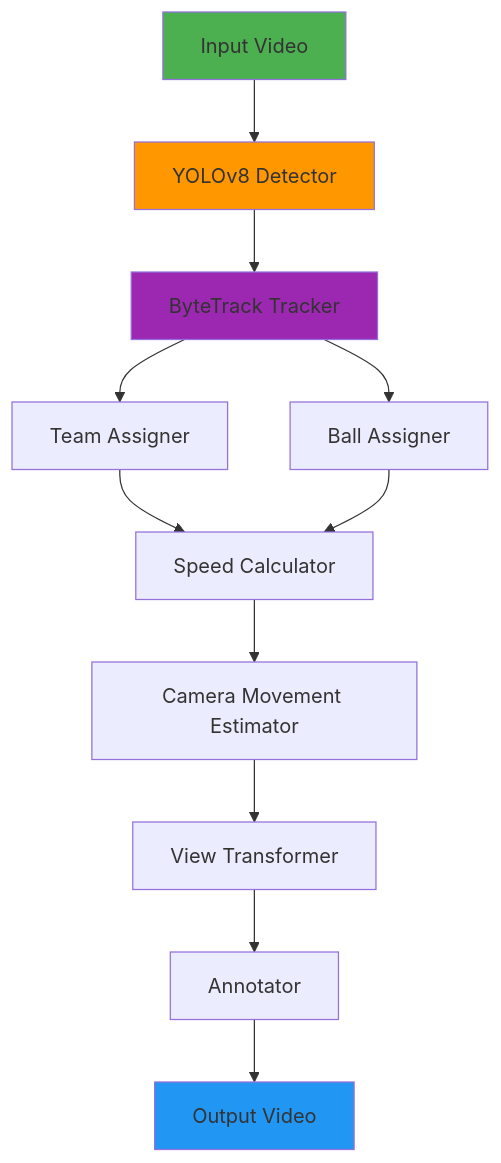
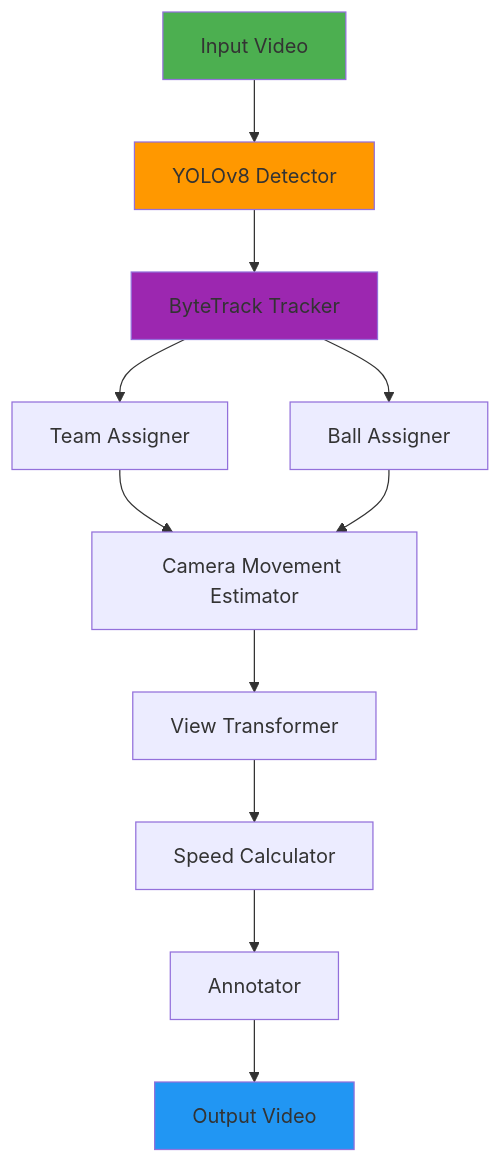
One commit to nexxusMostaFA/Football-analysis-YOLO-tracker changed the diagram in README.md. Above: the diagram before and after it, drawn with Mermaid. The commit also changed other lines of this file, not shown here.

````diff
--- a/README.md
+++ b/README.md
@@ -107,18 +107,18 @@
 ```mermaid
 graph TD
     A[Input Video] --> B[YOLOv8 Detector]
     B --> C[ByteTrack Tracker]
     C --> D[Team Assigner]
     C --> E[Ball Assigner]
-    D --> F[Speed Calculator]
+    D --> F[Camera Movement Estimator]
     E --> F
-    F --> G[Camera Movement Estimator]
-    G --> H[View Transformer]
+    F --> G[View Transformer]
+    G --> H[Speed Calculator]
     H --> I[Annotator]
     I --> J[Output Video]
     
     style A fill:#4CAF50
     style J fill:#2196F3
     style B fill:#FF9800
     style C fill:#9C27B0
 ```
````
